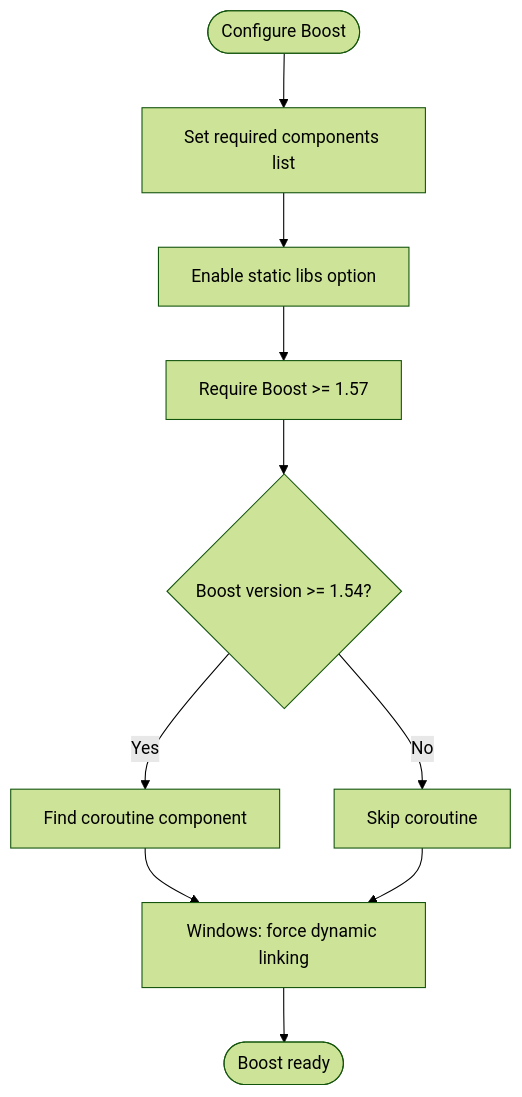
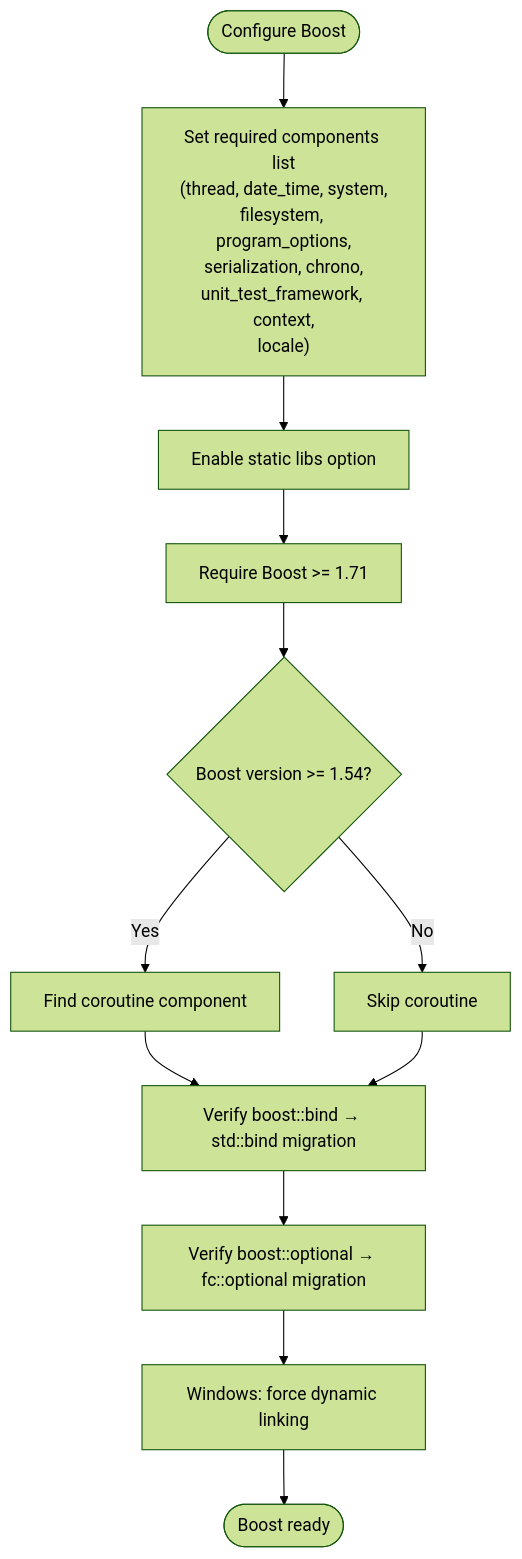
One commit to VIZ-Blockchain/viz-cpp-node changed the third of 7 diagrams in .qoder/repowiki/en/content/Development Tools/Build System/CMake Configuration/Dependency Management.md. Above: the diagram before and after it, drawn with Mermaid (forest theme). The commit also changed other lines of this file and 7 other files, not shown here.

````diff
--- a/.qoder/repowiki/en/content/Development Tools/Build System/CMake Configuration/Dependency Management.md
+++ b/.qoder/repowiki/en/content/Development Tools/Build System/CMake Configuration/Dependency Management.md
@@ -135,12 +159,14 @@
 ```mermaid
 flowchart TD
-Start(["Configure Boost"]) --> SetComponents["Set required components list"]
+Start(["Configure Boost"]) --> SetComponents["Set required components list<br/>(thread, date_time, system,<br/>filesystem, program_options,<br/>serialization, chrono,<br/>unit_test_framework, context,<br/>locale)"]
 SetComponents --> StaticDefault["Enable static libs option"]
-StaticDefault --> VersionCheck["Require Boost >= 1.57"]
+StaticDefault --> VersionCheck["Require Boost >= 1.71"]
 VersionCheck --> CoroutineCheck{"Boost version >= 1.54?"}
 CoroutineCheck --> |Yes| AddCoroutine["Find coroutine component"]
 CoroutineCheck --> |No| SkipCoroutine["Skip coroutine"]
-AddCoroutine --> LinkMode["Windows: force dynamic linking"]
-SkipCoroutine --> LinkMode
+AddCoroutine --> BindMigration["Verify boost::bind → std::bind migration"]
+SkipCoroutine --> BindMigration
+BindMigration --> OptionalMigration["Verify boost::optional → fc::optional migration"]
+OptionalMigration --> LinkMode["Windows: force dynamic linking"]
 LinkMode --> End(["Boost ready"])
 ```
````
